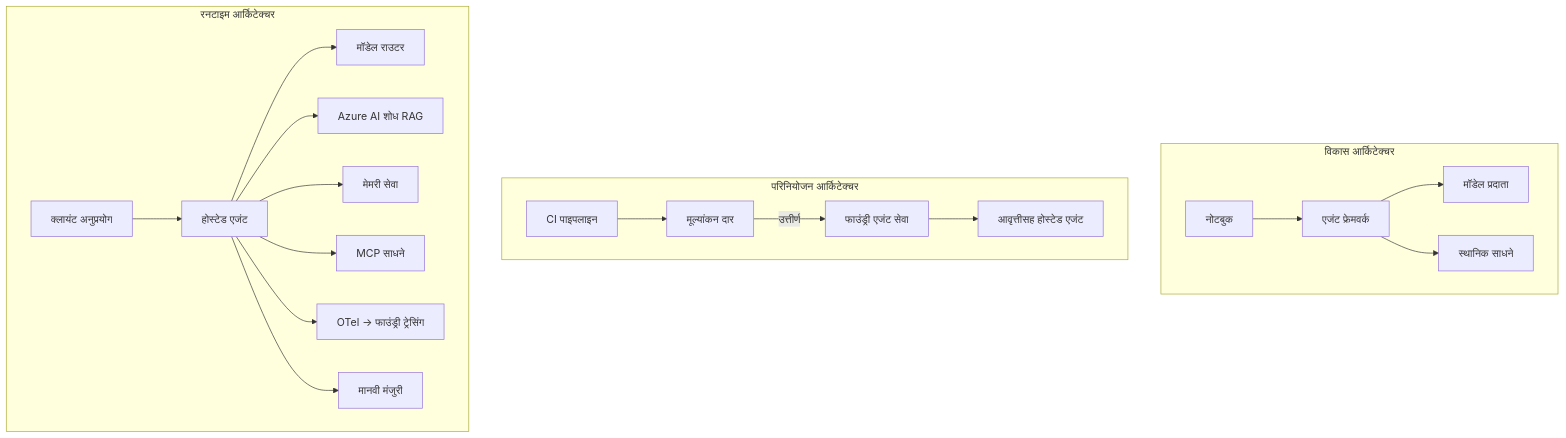
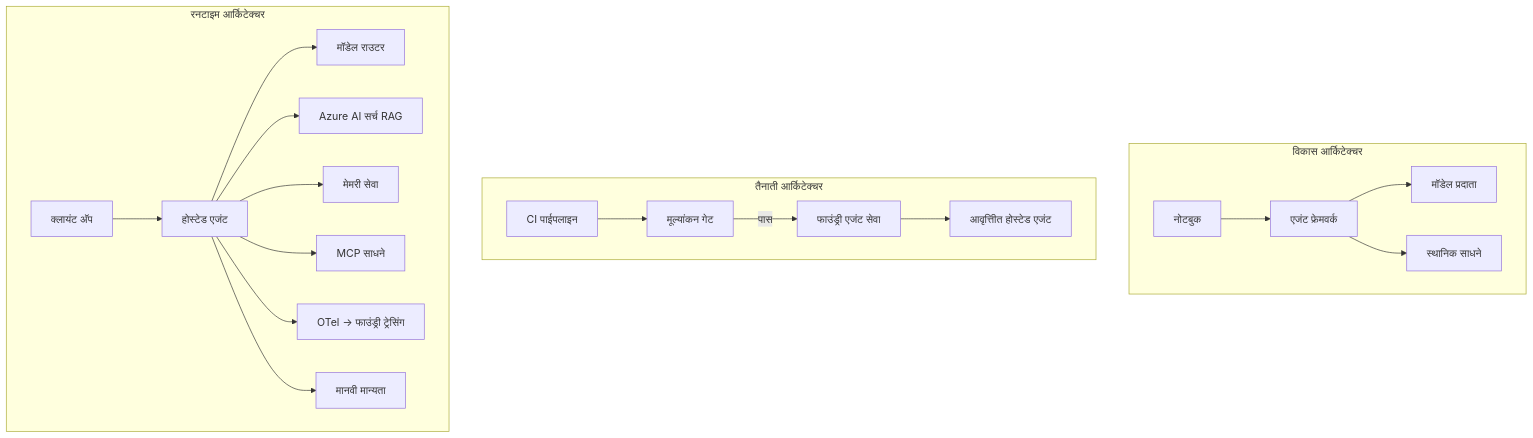
The fourth of 4 diagrams in translations/mr/16-deploying-scalable-agents/README.md (microsoft/ai-agents-for-beginners), drawn with Mermaid before and after one commit. The commit also changed other lines of this file and 45 other files, not shown here.

````diff
--- a/translations/mr/16-deploying-scalable-agents/README.md
+++ b/translations/mr/16-deploying-scalable-agents/README.md
@@ -185,22 +185,22 @@
 ```mermaid
 flowchart TB
     subgraph Dev[विकास आर्किटेक्चर]
         D1[नोटबुक] --> D2[एजंट फ्रेमवर्क]
         D2 --> D3[मॉडेल प्रदाता]
         D2 --> D4[स्थानिक साधने]
     end
-    subgraph Deploy[परिनियोजन आर्किटेक्चर]
-        E1[CI पाइपलाइन] --> E2[मूल्यांकन दार]
-        E2 -->|उत्तीर्ण| E3[फाउंड्री एजंट सेवा]
-        E3 --> E4[आवृत्तीसह होस्टेड एजंट]
+    subgraph Deploy[तैनाती आर्किटेक्चर]
+        E1[CI पाईपलाइन] --> E2[मूल्यांकन गेट]
+        E2 -->|पास| E3[फाउंड्री एजंट सेवा]
+        E3 --> E4[आवृत्तीित होस्टेड एजंट]
     end
     subgraph Run[रनटाइम आर्किटेक्चर]
-        F1[क्लायंट अनुप्रयोग] --> F2[होस्टेड एजंट]
+        F1[क्लायंट अ‍ॅप] --> F2[होस्टेड एजंट]
         F2 --> F3[मॉडेल राउटर]
-        F2 --> F4[Azure AI शोध RAG]
+        F2 --> F4[Azure AI सर्च RAG]
         F2 --> F5[मेमरी सेवा]
         F2 --> F6[MCP साधने]
         F2 --> F7[OTel -> फाउंड्री ट्रेसिंग]
-        F2 --> F8[मानवी मंजुरी]
+        F2 --> F8[मानवी मान्यता]
     end
 ```
````
